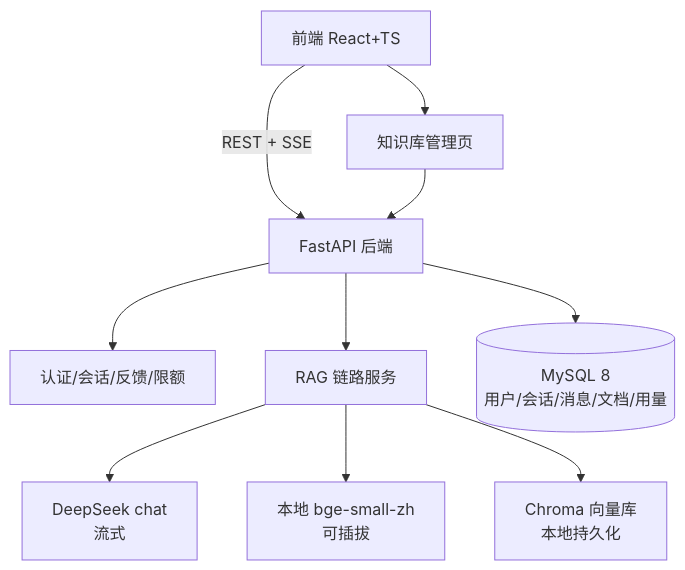
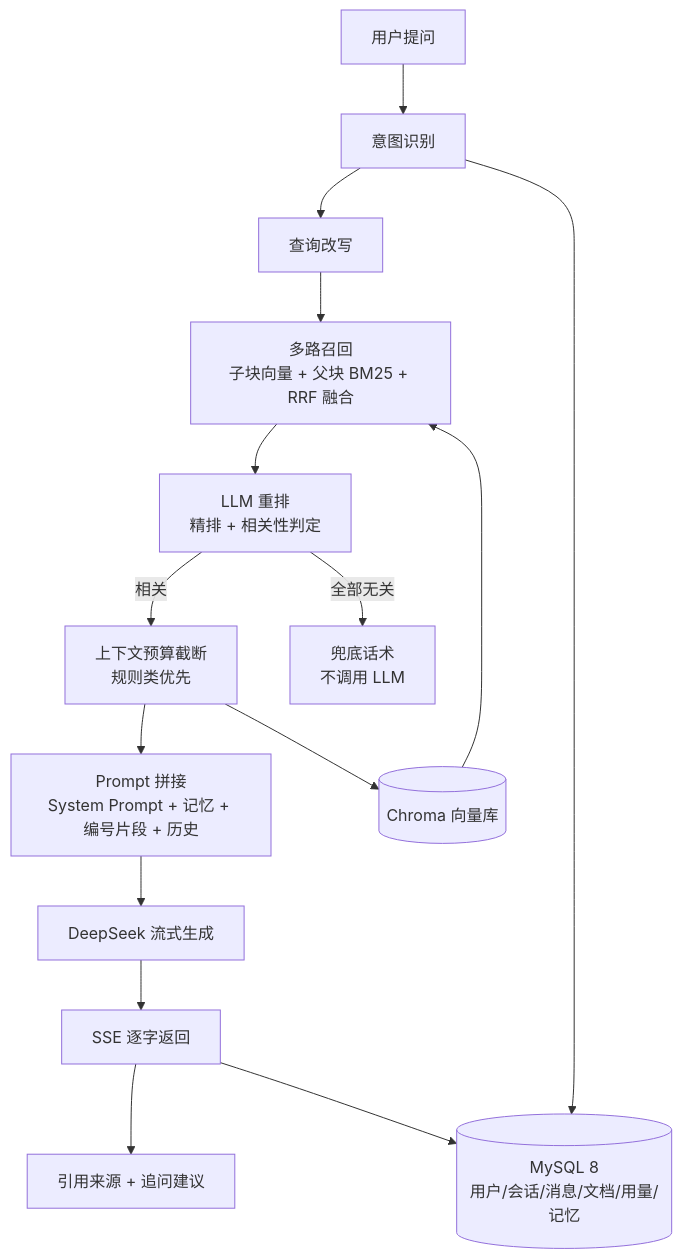
The first of 2 diagrams in 项目说明.md (BingSeChuan/haici-ai-customer-service), drawn with Mermaid before and after one commit. The commit also changed other lines of this file and 11 other files, not shown here.

````diff
--- a/项目说明.md
+++ b/项目说明.md
@@ -22,12 +22,17 @@
 ```mermaid
 flowchart TD
-    FE[前端 React+TS] -->|REST + SSE| API[FastAPI 后端]
-    API --> AUTH[认证/会话/反馈/限额]
-    API --> RAG[RAG 链路服务]
-    RAG --> LLM[DeepSeek chat<br/>流式]
-    RAG --> EMB[本地 bge-small-zh<br/>可插拔]
-    RAG --> VS[Chroma 向量库<br/>本地持久化]
-    API --> MYSQL[(MySQL 8<br/>用户/会话/消息/文档/用量)]
-    FE --> KB[知识库管理页]
-    KB --> API
+    Q[用户提问] --> INT[意图识别]
+    INT --> EXP[查询改写]
+    EXP --> REC[多路召回<br/>子块向量 + 父块 BM25 + RRF 融合]
+    REC --> RER[LLM 重排<br/>精排 + 相关性判定]
+    RER -->|相关| BUD[上下文预算截断<br/>规则类优先]
+    RER -->|全部无关| FB[兜底话术<br/>不调用 LLM]
+    BUD --> P[Prompt 拼接<br/>System Prompt + 记忆 + 编号片段 + 历史]
+    P --> LLM[DeepSeek 流式生成]
+    LLM --> SSE[SSE 逐字返回]
+    SSE --> SRC[引用来源 + 追问建议]
+    BUD --> VS[(Chroma 向量库)]
+    VS --> REC
+    INT --> MYSQL[(MySQL 8<br/>用户/会话/消息/文档/用量/记忆)]
+    SSE --> MYSQL
 ```
````
